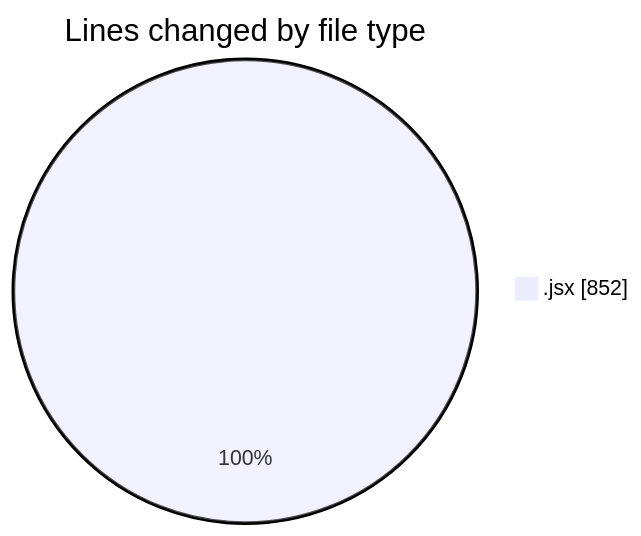
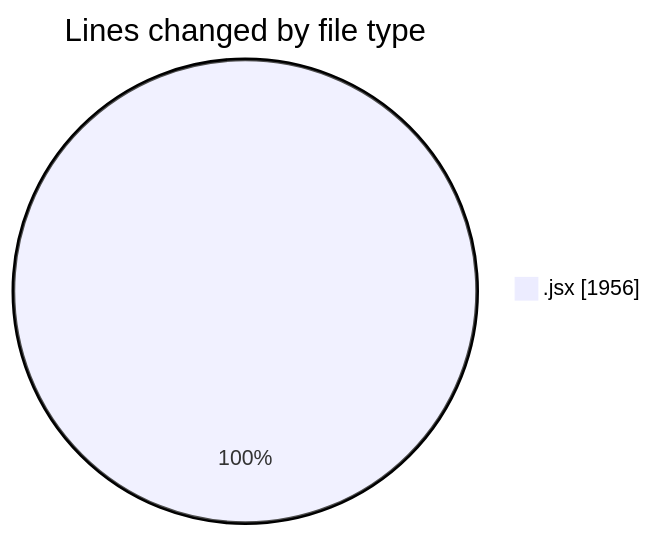
One commit to nxtqubesakshisongat/code-tracking changed the first of 2 diagrams in 2025-10-14/nxtqube_webapp/README.md. Above: the diagram before and after it, drawn with Mermaid. The commit also changed other lines of this file and 1 other file, not shown here.

````diff
--- a/2025-10-14/nxtqube_webapp/README.md
+++ b/2025-10-14/nxtqube_webapp/README.md
@@ -20,5 +21,5 @@
 ```mermaid
 pie showData
 title Lines changed by file type
-".jsx" : 852
+".jsx" : 1956
 ```
````
